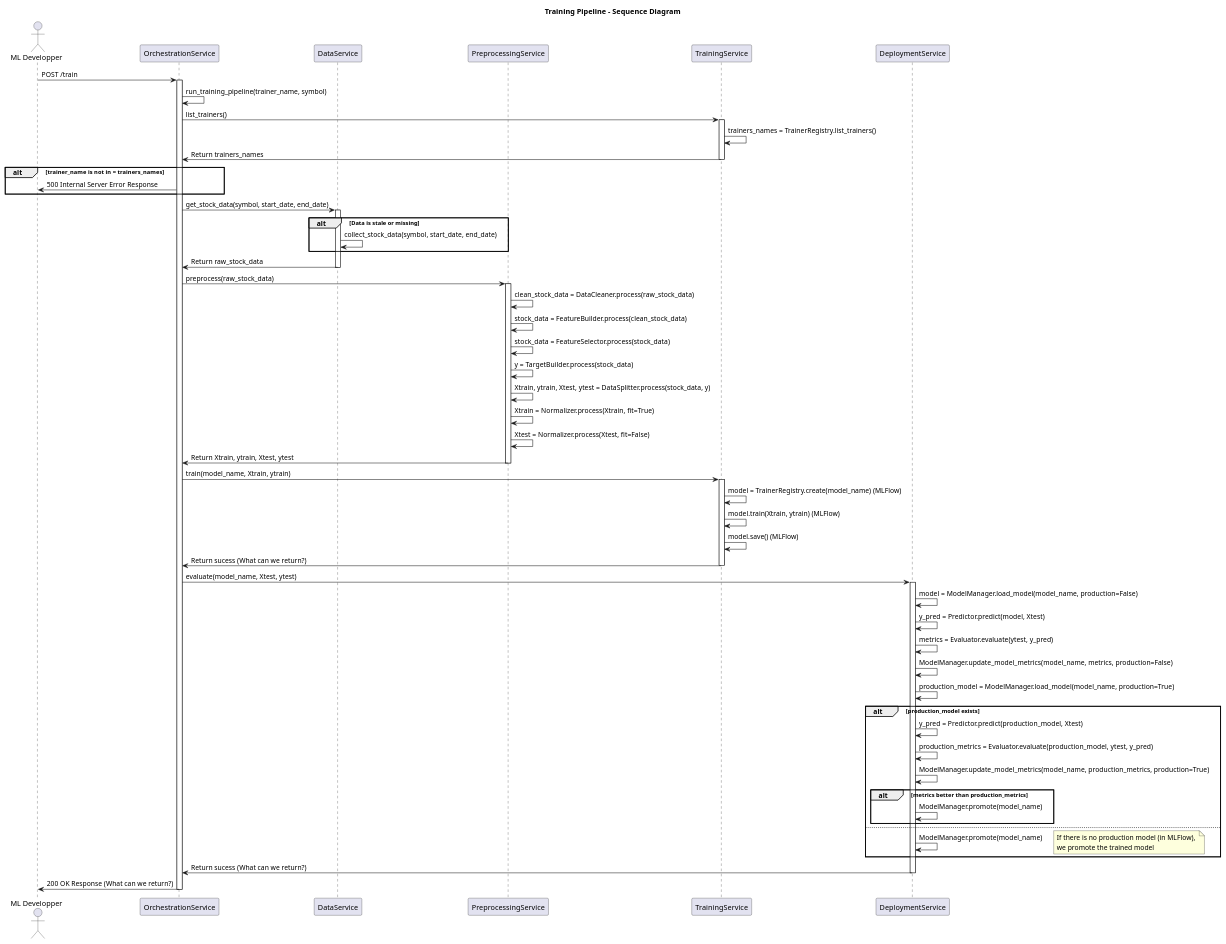
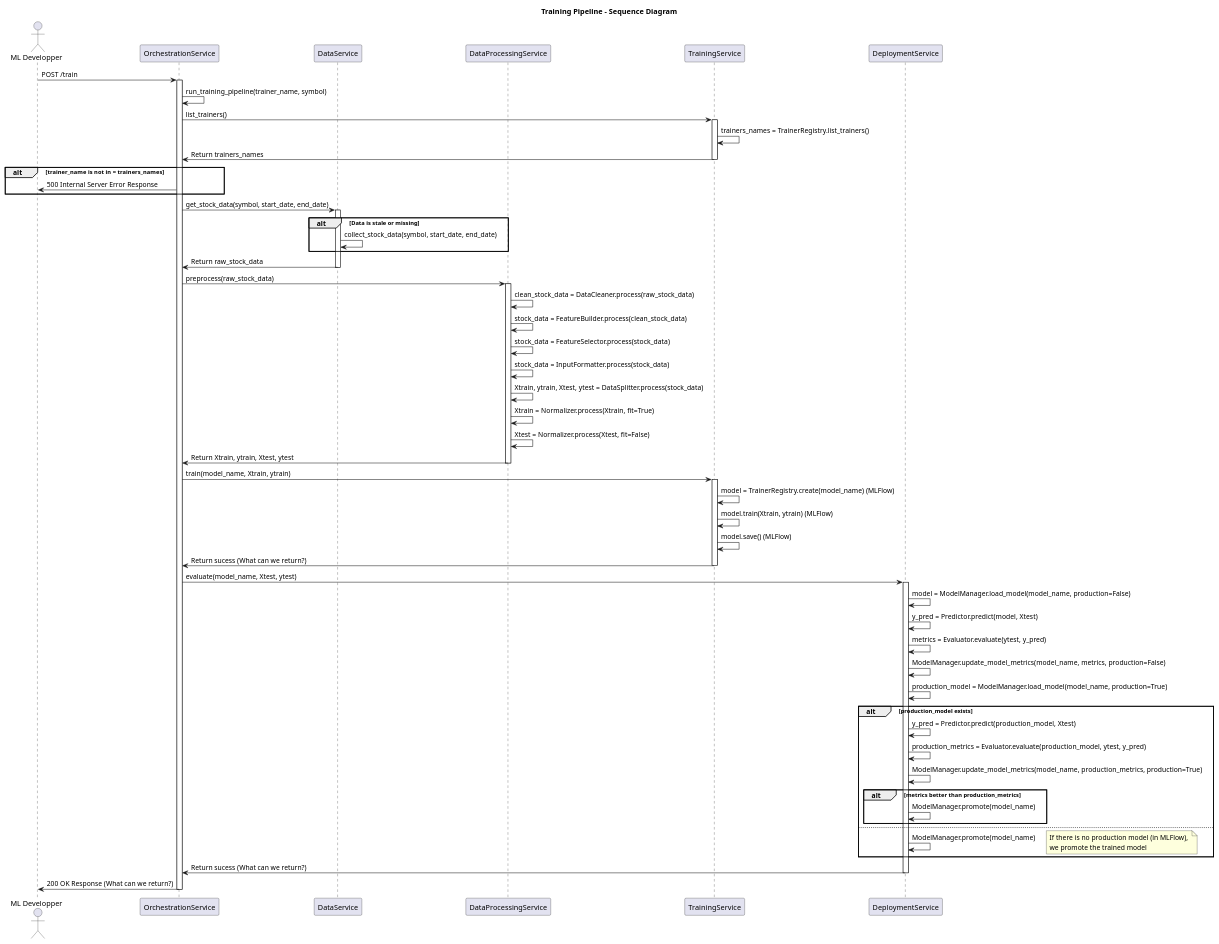
One commit to LOG795-PFE031/stock-ai_pfe031 changed the diagram in docs/monolith/sequence-diagrams/Training_Pipeline_Sequence_Diagram.puml. Above: the diagram before and after it, drawn with PlantUML. The commit also changed 2 other files, not shown here.

Commit message:
sequence diagrams corrections

```diff
--- a/docs/monolith/sequence-diagrams/Training_Pipeline_Sequence_Diagram.puml
+++ b/docs/monolith/sequence-diagrams/Training_Pipeline_Sequence_Diagram.puml
@@ -1,94 +1,94 @@
 @startuml
 
 title Training Pipeline - Sequence Diagram
 
 Actor "ML Developper" as User
 participant OrchestrationService
 participant DataService
-participant PreprocessingService
+participant DataProcessingService
 participant TrainingService
 participant DeploymentService
 
 
 User -> OrchestrationService : POST /train
 activate OrchestrationService
 
 OrchestrationService -> OrchestrationService : run_training_pipeline(trainer_name, symbol)
 OrchestrationService -> TrainingService : list_trainers()
 activate TrainingService
 TrainingService -> TrainingService : trainers_names = TrainerRegistry.list_trainers()
 TrainingService -> OrchestrationService : Return trainers_names
 deactivate TrainingService
 
 alt trainer_name is not in  = trainers_names
     OrchestrationService -> User : 500 Internal Server Error Response
 end
 
 
 OrchestrationService -> DataService : get_stock_data(symbol, start_date, end_date)
 activate DataService
 
 alt Data is stale or missing
     DataService -> DataService : collect_stock_data(symbol, start_date, end_date)
 end
 DataService -> OrchestrationService : Return raw_stock_data
 deactivate DataService
 
 
-OrchestrationService -> PreprocessingService : preprocess(raw_stock_data)
-activate PreprocessingService
-PreprocessingService -> PreprocessingService : clean_stock_data = DataCleaner.process(raw_stock_data)
-PreprocessingService -> PreprocessingService : stock_data = FeatureBuilder.process(clean_stock_data)
-PreprocessingService -> PreprocessingService : stock_data = FeatureSelector.process(stock_data)
-PreprocessingService -> PreprocessingService : y = TargetBuilder.process(stock_data)
-PreprocessingService -> PreprocessingService : Xtrain, ytrain, Xtest, ytest = DataSplitter.process(stock_data, y)
-PreprocessingService -> PreprocessingService : Xtrain = Normalizer.process(Xtrain, fit=True)
-PreprocessingService -> PreprocessingService : Xtest = Normalizer.process(Xtest, fit=False)
-PreprocessingService -> OrchestrationService : Return Xtrain, ytrain, Xtest, ytest
-deactivate PreprocessingService
+OrchestrationService -> DataProcessingService : preprocess(raw_stock_data)
+activate DataProcessingService
+DataProcessingService -> DataProcessingService : clean_stock_data = DataCleaner.process(raw_stock_data)
+DataProcessingService -> DataProcessingService : stock_data = FeatureBuilder.process(clean_stock_data)
+DataProcessingService -> DataProcessingService : stock_data = FeatureSelector.process(stock_data)
+DataProcessingService -> DataProcessingService : stock_data = InputFormatter.process(stock_data)
+DataProcessingService -> DataProcessingService : Xtrain, ytrain, Xtest, ytest = DataSplitter.process(stock_data)
+DataProcessingService -> DataProcessingService : Xtrain = Normalizer.process(Xtrain, fit=True)
+DataProcessingService -> DataProcessingService : Xtest = Normalizer.process(Xtest, fit=False)
+DataProcessingService -> OrchestrationService : Return Xtrain, ytrain, Xtest, ytest
+deactivate DataProcessingService
 
 
 OrchestrationService -> TrainingService : train(model_name, Xtrain, ytrain)
 activate TrainingService
 
 TrainingService -> TrainingService : model = TrainerRegistry.create(model_name) (MLFlow)
 TrainingService -> TrainingService : model.train(Xtrain, ytrain) (MLFlow)
 TrainingService -> TrainingService : model.save() (MLFlow)
 TrainingService -> OrchestrationService : Return sucess (What can we return?)
 deactivate TrainingService
 
 OrchestrationService -> DeploymentService : evaluate(model_name, Xtest, ytest)
 activate DeploymentService
 
 DeploymentService -> DeploymentService : model = ModelManager.load_model(model_name, production=False)
 DeploymentService -> DeploymentService : y_pred = Predictor.predict(model, Xtest)
 DeploymentService -> DeploymentService : metrics = Evaluator.evaluate(ytest, y_pred)
 DeploymentService -> DeploymentService : ModelManager.update_model_metrics(model_name, metrics, production=False)
 
 DeploymentService -> DeploymentService : production_model = ModelManager.load_model(model_name, production=True)
 
 alt production_model exists
     DeploymentService -> DeploymentService : y_pred = Predictor.predict(production_model, Xtest)
     DeploymentService -> DeploymentService : production_metrics = Evaluator.evaluate(production_model, ytest, y_pred)
     DeploymentService -> DeploymentService : ModelManager.update_model_metrics(model_name, production_metrics, production=True)
 
     alt metrics better than production_metrics
         DeploymentService -> DeploymentService : ModelManager.promote(model_name)
     end
 
 else
     DeploymentService -> DeploymentService : ModelManager.promote(model_name)
     note right
     If there is no production model (in MLFlow), 
     we promote the trained model
     end note
 end
 
 DeploymentService -> OrchestrationService : Return sucess (What can we return?)
 deactivate DeploymentService
 
 
 OrchestrationService -> User : 200 OK Response (What can we return?)
 deactivate OrchestrationService
 
 @enduml
```
